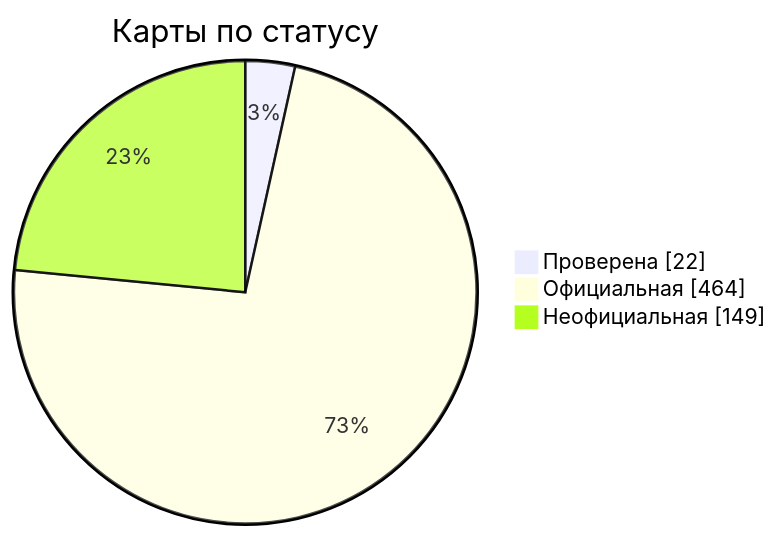
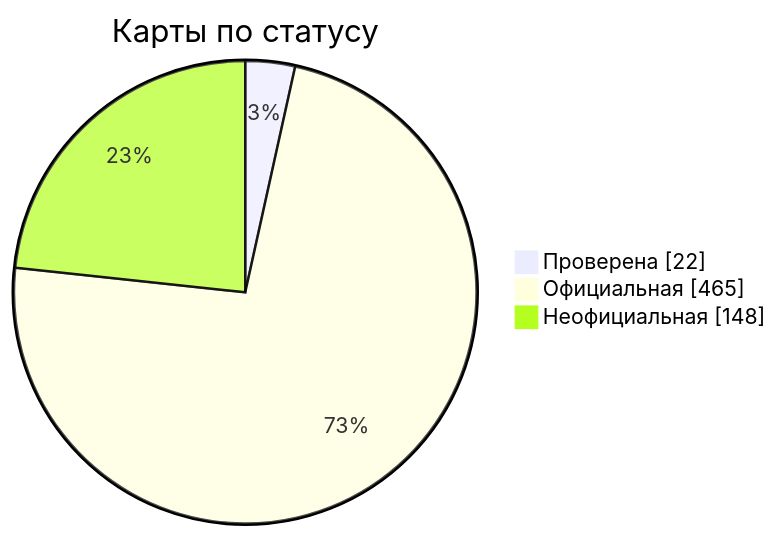
The diagram in docs/readme/README_RU.md (nobrega8/mbmap-library), drawn with Mermaid before and after one commit. The commit also changed 6 other files, not shown here.

````diff
--- a/docs/readme/README_RU.md
+++ b/docs/readme/README_RU.md
@@ -54,7 +54,7 @@
 ```mermaid
 pie showData
     title Карты по статусу
     "Проверена" : 22
-    "Официальная" : 464
-    "Неофициальная" : 149
+    "Официальная" : 465
+    "Неофициальная" : 148
 ```
````
